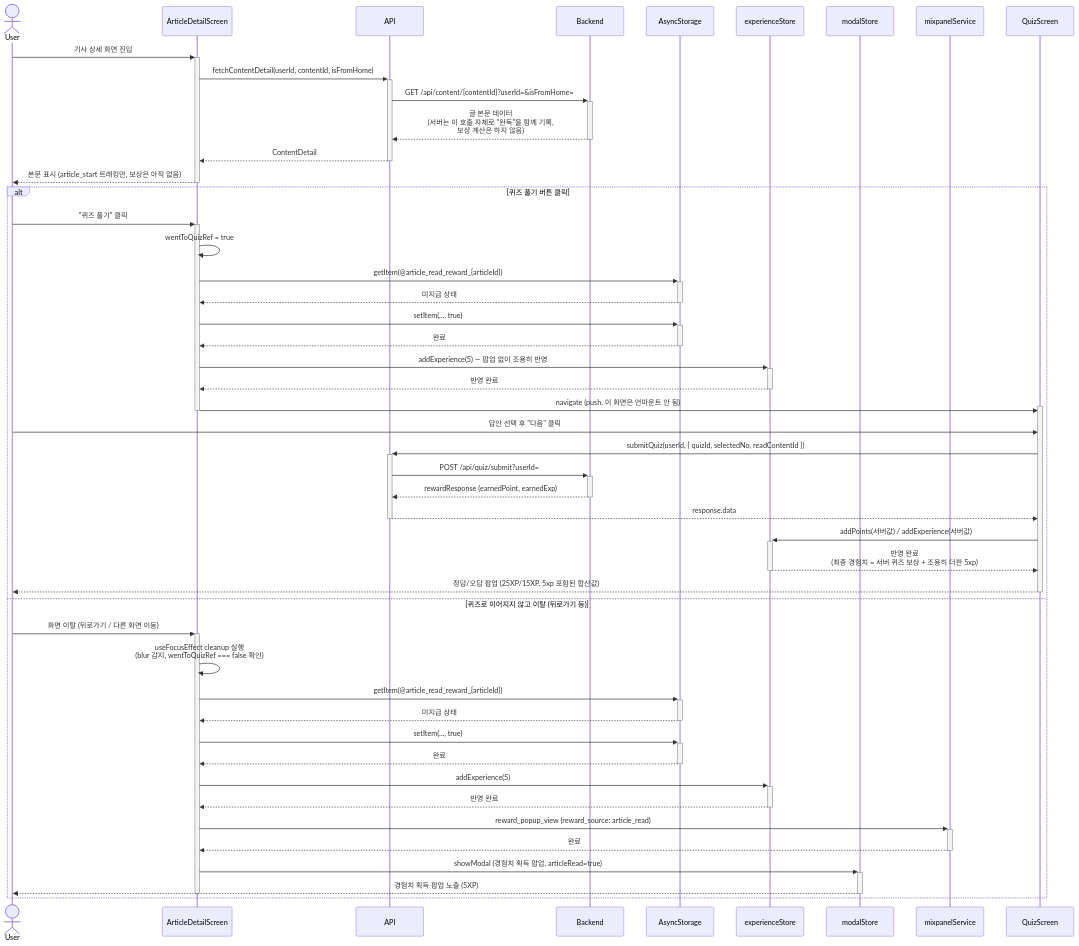
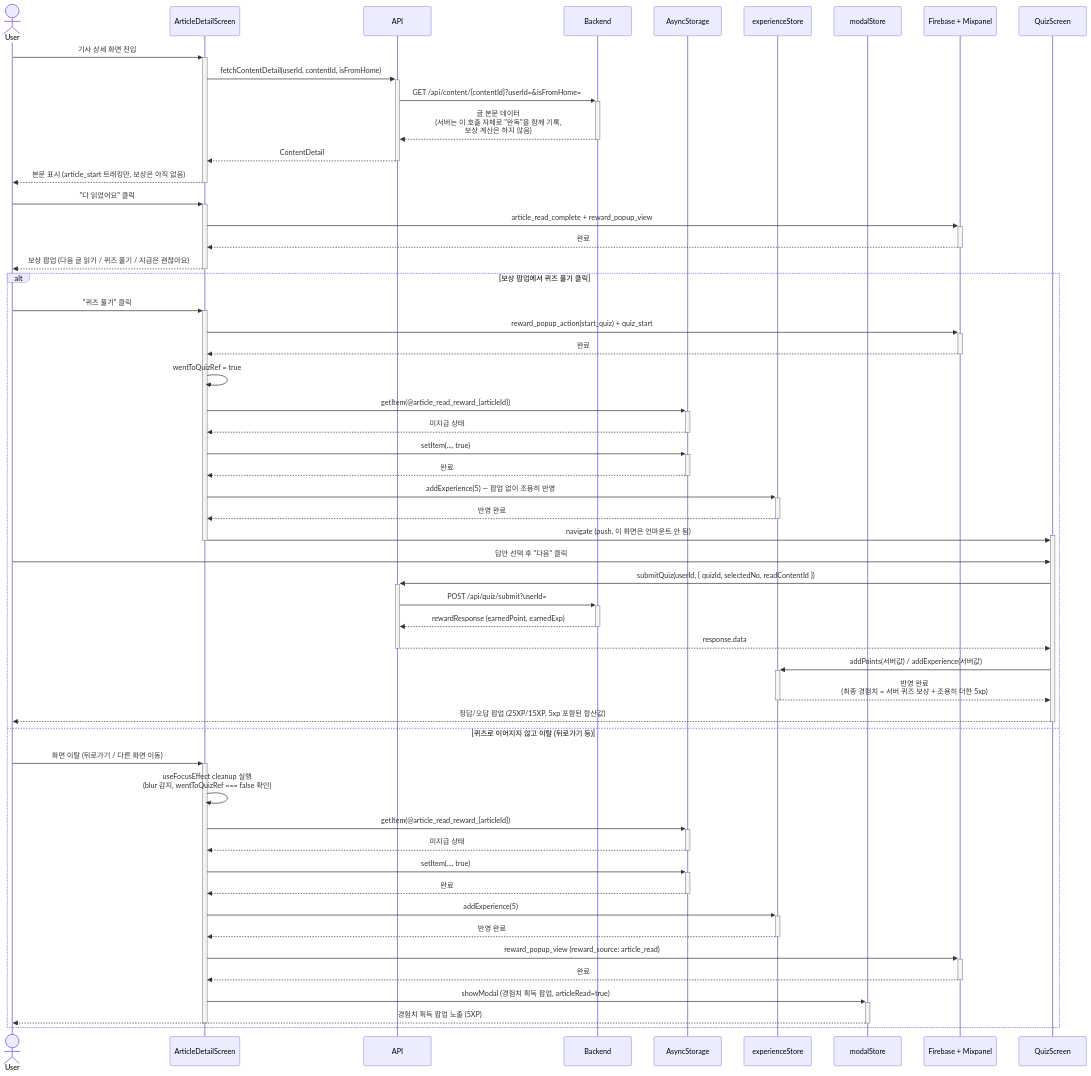
One commit to SWYP-app-3-10/neurous-client changed the eighth of 12 diagrams in docs/ARCHITECTURE.md. Above: the diagram before and after it, drawn with Mermaid. The commit also changed other lines of this file and 18 other files, not shown here.

Commit message:
refactor: align analytics events with updated user flows (#154)

````diff
--- a/docs/ARCHITECTURE.md
+++ b/docs/ARCHITECTURE.md
@@ -304,54 +304,61 @@
 ```mermaid
 sequenceDiagram
     actor User
     participant Screen as ArticleDetailScreen
     participant API
     participant Backend
     participant Storage as AsyncStorage
     participant Store as experienceStore
     participant Modal as modalStore
-    participant Mixpanel as mixpanelService
+    participant Analytics as Firebase + Mixpanel
     participant Quiz as QuizScreen
 
     User->>+Screen: 기사 상세 화면 진입
     Screen->>+API: fetchContentDetail(userId, contentId, isFromHome)
     API->>+Backend: GET /api/content/{contentId}?userId=&isFromHome=
     Backend-->>-API: 글 본문 데이터<br/>(서버는 이 호출 자체로 "완독"을 함께 기록,<br/>보상 계산은 하지 않음)
     API-->>-Screen: ContentDetail
     Screen-->>-User: 본문 표시 (article_start 트래킹만, 보상은 아직 없음)
 
-    alt 퀴즈 풀기 버튼 클릭
+    User->>+Screen: "다 읽었어요" 클릭
+    Screen->>+Analytics: article_read_complete + reward_popup_view
+    Analytics-->>-Screen: 완료
+    Screen-->>-User: 보상 팝업 (다음 글 읽기 / 퀴즈 풀기 / 지금은 괜찮아요)
+
+    alt 보상 팝업에서 퀴즈 풀기 클릭
         User->>+Screen: "퀴즈 풀기" 클릭
+        Screen->>+Analytics: reward_popup_action(start_quiz) + quiz_start
+        Analytics-->>-Screen: 완료
         Screen->>Screen: wentToQuizRef = true
         Screen->>+Storage: getItem(@article_read_reward_{articleId})
         Storage-->>-Screen: 미지급 상태
         Screen->>+Storage: setItem(..., true)
         Storage-->>-Screen: 완료
         Screen->>+Store: addExperience(5) — 팝업 없이 조용히 반영
         Store-->>-Screen: 반영 완료
         Screen->>+Quiz: navigate (push, 이 화면은 언마운트 안 됨)
         deactivate Screen
         User->>Quiz: 답안 선택 후 "다음" 클릭
         Quiz->>+API: submitQuiz(userId, { quizId, selectedNo, readContentId })
         API->>+Backend: POST /api/quiz/submit?userId=
         Backend-->>-API: rewardResponse (earnedPoint, earnedExp)
         API-->>-Quiz: response.data
         Quiz->>+Store: addPoints(서버값) / addExperience(서버값)
         Store-->>-Quiz: 반영 완료<br/>(최종 경험치 = 서버 퀴즈 보상 + 조용히 더한 5xp)
         Quiz-->>-User: 정답/오답 팝업 (25XP/15XP, 5xp 포함된 합산값)
     else 퀴즈로 이어지지 않고 이탈 (뒤로가기 등)
         User->>+Screen: 화면 이탈 (뒤로가기 / 다른 화면 이동)
         Screen->>Screen: useFocusEffect cleanup 실행<br/>(blur 감지, wentToQuizRef === false 확인)
         Screen->>+Storage: getItem(@article_read_reward_{articleId})
         Storage-->>-Screen: 미지급 상태
         Screen->>+Storage: setItem(..., true)
         Storage-->>-Screen: 완료
         Screen->>+Store: addExperience(5)
         Store-->>-Screen: 반영 완료
-        Screen->>+Mixpanel: reward_popup_view (reward_source: article_read)
-        Mixpanel-->>-Screen: 완료
+        Screen->>+Analytics: reward_popup_view (reward_source: article_read)
+        Analytics-->>-Screen: 완료
         Screen->>+Modal: showModal (경험치 획득 팝업, articleRead=true)
         Modal-->>-User: 경험치 획득 팝업 노출 (5XP)
         deactivate Screen
     end
 ```
````
